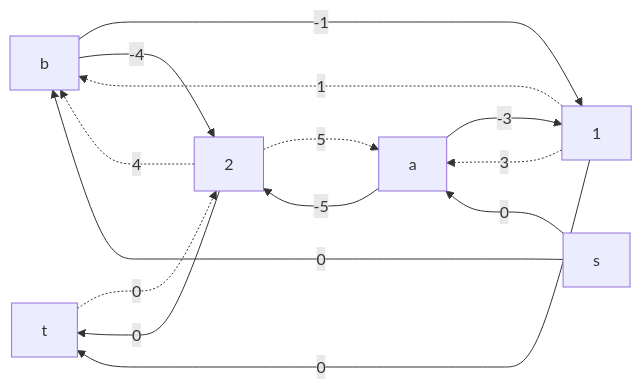
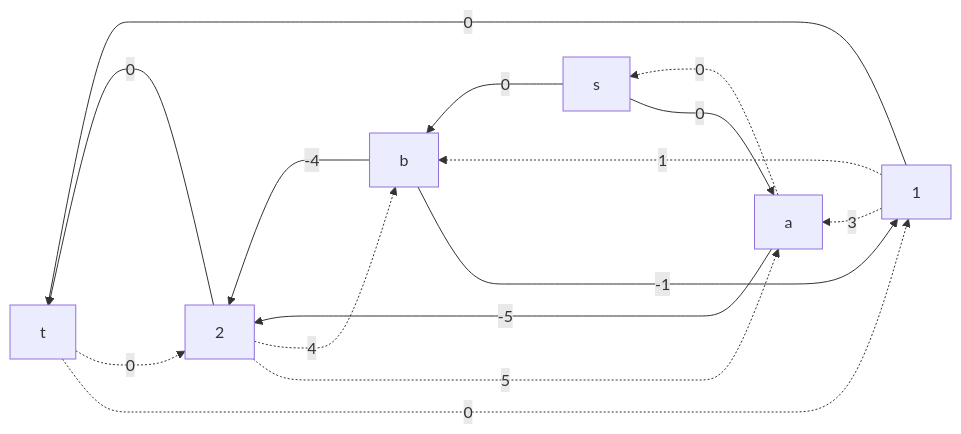
Before and after one commit to hse-algo-24-crow/manual-tasks-crow: diagram 11 of 18 in task-11-plus/winx.md, drawn with Mermaid. The commit also changed other lines of this file, not shown here.

````diff
--- a/task-11-plus/winx.md
+++ b/task-11-plus/winx.md
@@ -77,15 +218,17 @@
 ```mermaid
 graph RL
     s--->|0|a
+    a-.->|0|s
     s--->|0|b
-    a--->|-3|1-.->|3|a
+    1-.->|3|a
     b--->|-4|2
     2-.->|4|b
     a--->|-5|2
     2-.->|5|a
+    1-.->|1|b
     b--->|-1|1
-    1-.->|1|b
     1--->|0|t
     2--->|0|t
     t-.->|0|2
+    t-.->|0|1
 ```
````
